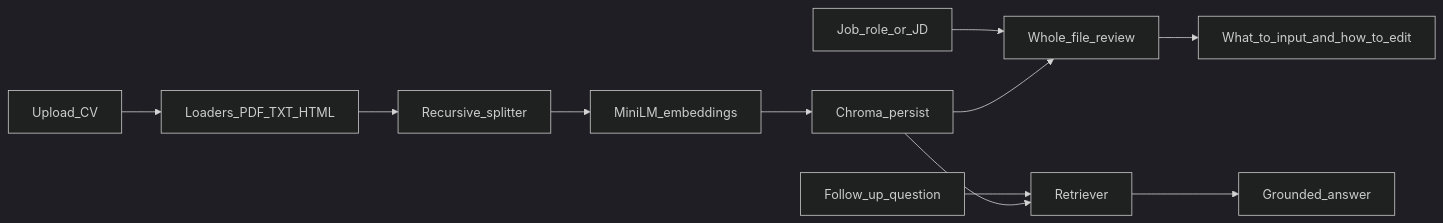
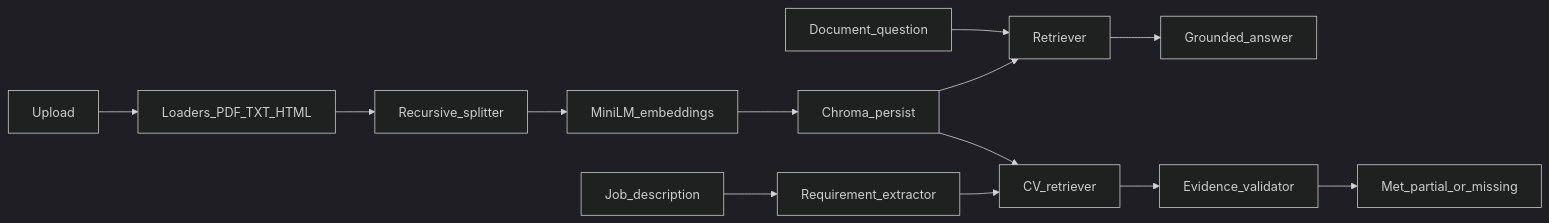
Before and after one commit to nwereonyerex-sudo/RAG-Powered-Document-Q-A-System: the diagram in README.md, drawn with Mermaid (dark theme). The commit also changed other lines of this file and 32 other files, not shown here.

````diff
--- a/README.md
+++ b/README.md
@@ -29,13 +30,15 @@
 ```mermaid
 flowchart LR
-  upload[Upload_CV] --> loaders[Loaders_PDF_TXT_HTML]
+  upload[Upload] --> loaders[Loaders_PDF_TXT_HTML]
   loaders --> chunk[Recursive_splitter]
   chunk --> embed[MiniLM_embeddings]
   embed --> chroma[Chroma_persist]
-  role[Job_role_or_JD] --> review[Whole_file_review]
-  chroma --> review
-  review --> brief[What_to_input_and_how_to_edit]
-  question[Follow_up_question] --> retriever[Retriever]
+  question[Document_question] --> retriever[Retriever]
   chroma --> retriever
   retriever --> answer[Grounded_answer]
+  jd[Job_description] --> requirements[Requirement_extractor]
+  chroma --> cvretriever[CV_retriever]
+  requirements --> cvretriever
+  cvretriever --> validator[Evidence_validator]
+  validator --> match[Met_partial_or_missing]
 ```
````
